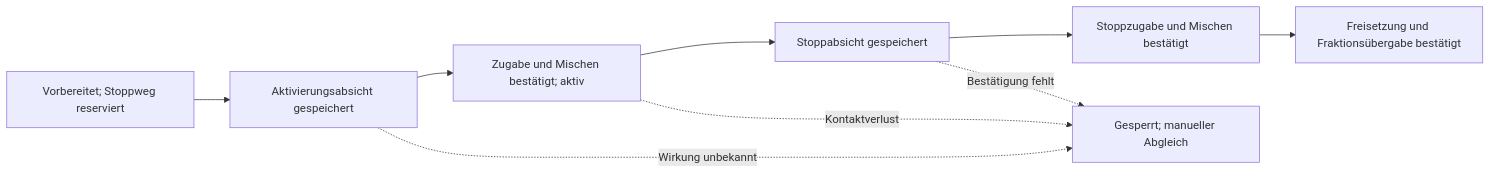
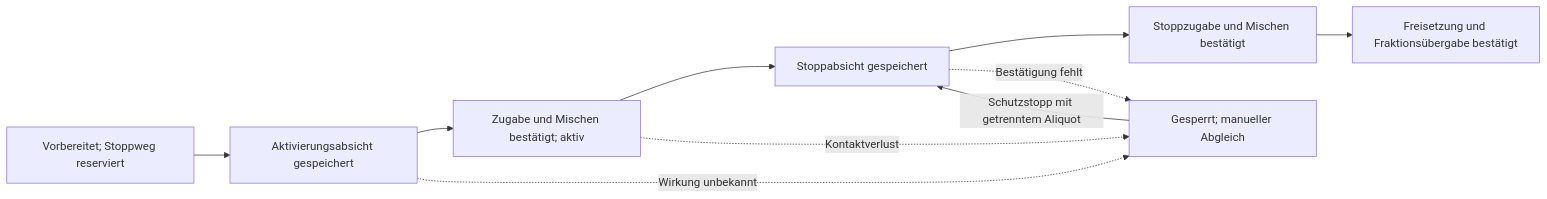
The second of 2 diagrams in ARCHITECTURE.md (smoe/DIYLabBot), drawn with Mermaid before and after one commit. The commit also changed other lines of this file and 23 other files, not shown here.

````diff
--- a/ARCHITECTURE.md
+++ b/ARCHITECTURE.md
@@ -867,11 +875,12 @@
 ```mermaid
 flowchart LR
     V["Vorbereitet; Stoppweg reserviert"] --> I["Aktivierungsabsicht gespeichert"]
     I --> A["Zugabe und Mischen bestätigt; aktiv"]
     A --> Q["Stoppabsicht gespeichert"]
     Q --> S["Stoppzugabe und Mischen bestätigt"]
     S --> F["Freisetzung und Fraktionsübergabe bestätigt"]
     I -. "Wirkung unbekannt" .-> U["Gesperrt; manueller Abgleich"]
     A -. "Kontaktverlust" .-> U
     Q -. "Bestätigung fehlt" .-> U
+    U --> |"Schutzstopp mit getrenntem Aliquot"| Q
 ```
````
